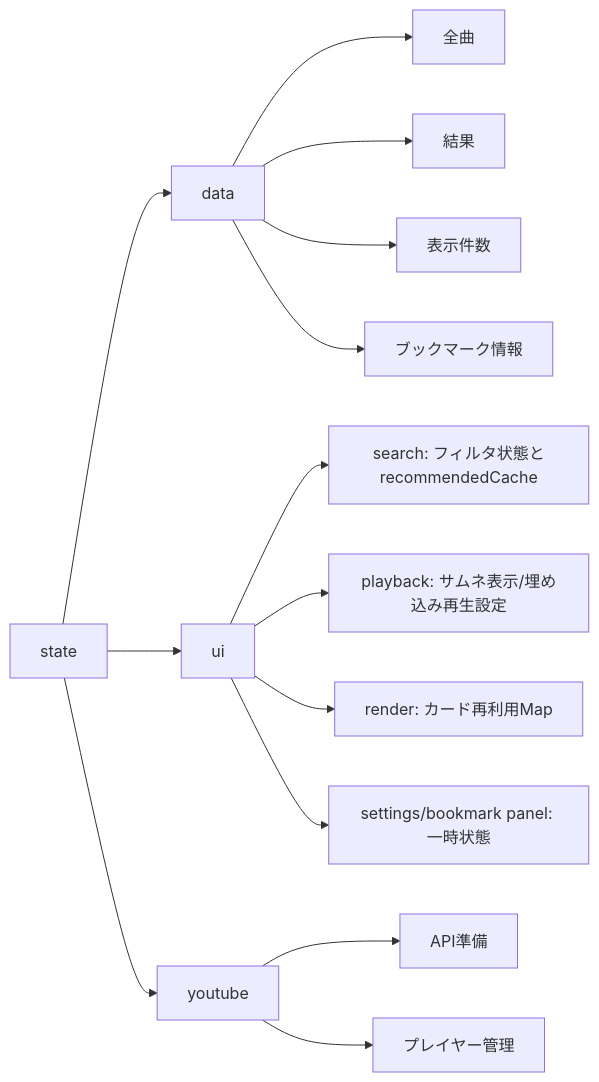
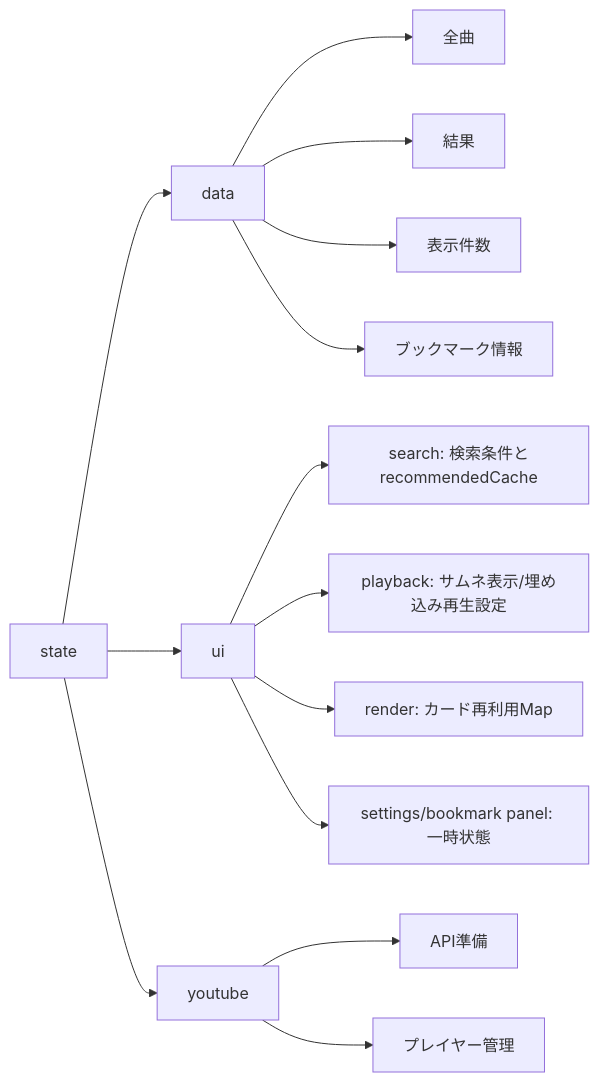
One commit to an-oa/knksongs changed the third of 3 diagrams in docs/DESIGN.md. Above: the diagram before and after it, drawn with Mermaid. The commit also changed other lines of this file and 26 other files, not shown here.

````diff
--- a/docs/DESIGN.md
+++ b/docs/DESIGN.md
@@ -415,17 +432,17 @@
 ```mermaid
 flowchart LR
     state[state]
     state --> data[data]
     state --> ui[ui]
     state --> youtube[youtube]
     data --> d1[全曲]
     data --> d2[結果]
     data --> d3[表示件数]
     data --> d4[ブックマーク情報]
-    ui --> u1[search: フィルタ状態とrecommendedCache]
+    ui --> u1[search: 検索条件とrecommendedCache]
     ui --> u2[playback: サムネ表示/埋め込み再生設定]
     ui --> u3[render: カード再利用Map]
     ui --> u4[settings/bookmark panel: 一時状態]
     youtube --> y1[API準備]
     youtube --> y2[プレイヤー管理]
 ```
````
